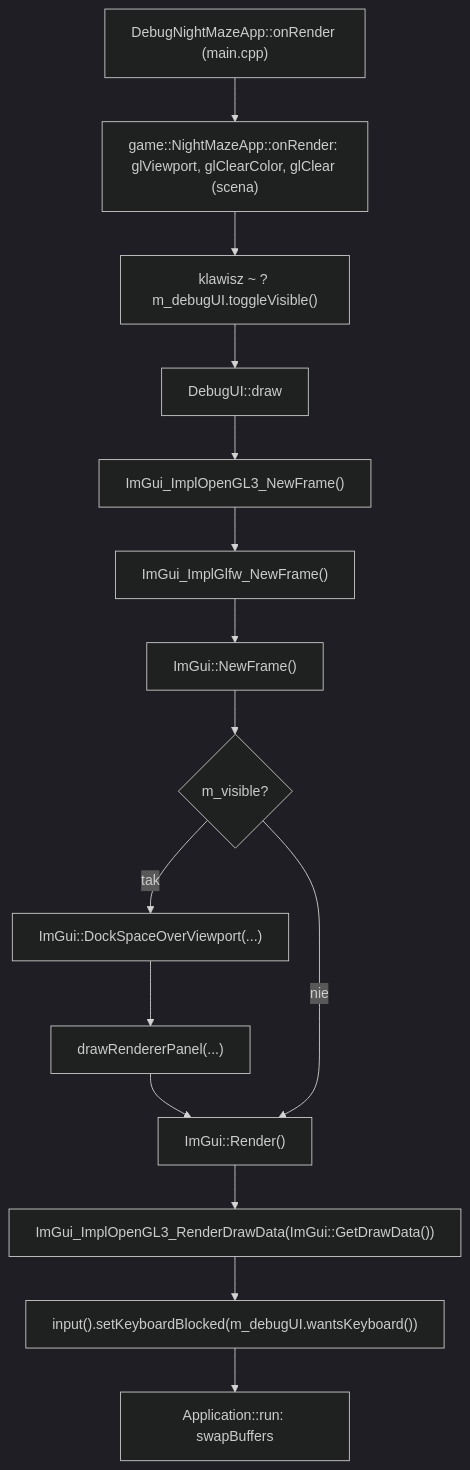
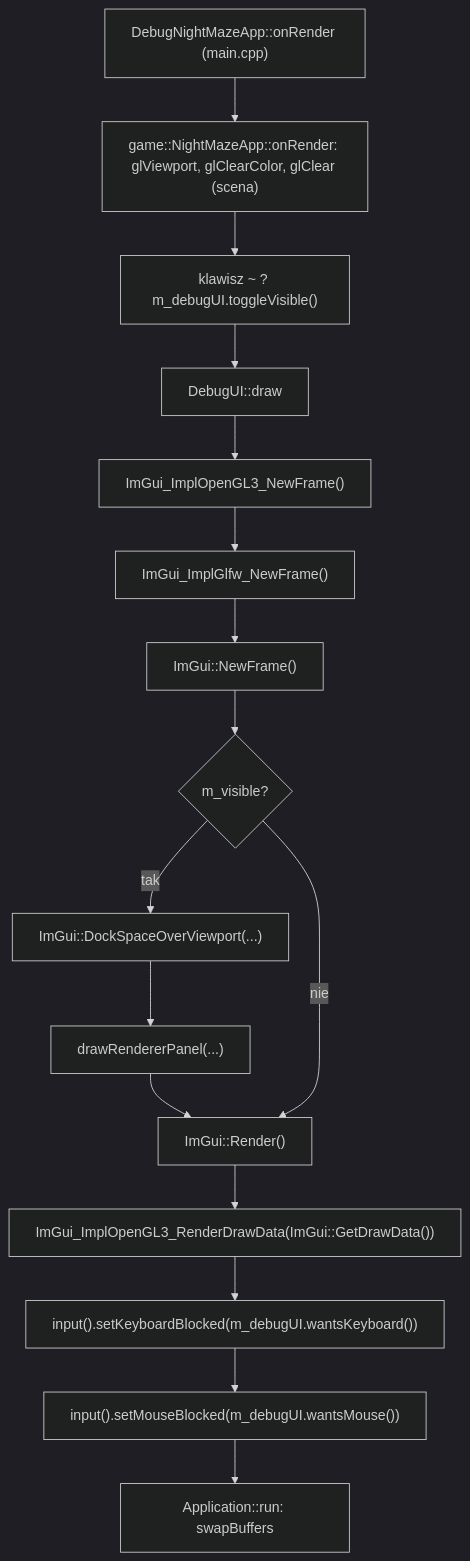
The first of 2 diagrams in docs/modules/debug-ui.md (Shironex/night-maze), drawn with Mermaid (dark theme) before and after one commit. The commit also changed other lines of this file and 16 other files, not shown here.

First line of the commit message:
feat(core): add mouse input and a mouse blocked flag

````diff
--- a/docs/modules/debug-ui.md
+++ b/docs/modules/debug-ui.md
@@ -24,17 +24,18 @@
 ```mermaid
 flowchart TD
     A["DebugNightMazeApp::onRender (main.cpp)"] --> B["game::NightMazeApp::onRender: glViewport, glClearColor, glClear (scena)"]
     B --> T["klawisz ~ ? m_debugUI.toggleVisible()"]
     T --> C["DebugUI::draw"]
     C --> D["ImGui_ImplOpenGL3_NewFrame()"]
     D --> E["ImGui_ImplGlfw_NewFrame()"]
     E --> F["ImGui::NewFrame()"]
     F --> G{"m_visible?"}
     G -->|tak| H["ImGui::DockSpaceOverViewport(...)"]
     H --> I["drawRendererPanel(...)"]
     I --> J["ImGui::Render()"]
     G -->|nie| J
     J --> K["ImGui_ImplOpenGL3_RenderDrawData(ImGui::GetDrawData())"]
     K --> M["input().setKeyboardBlocked(m_debugUI.wantsKeyboard())"]
-    M --> L["Application::run: swapBuffers"]
+    M --> N["input().setMouseBlocked(m_debugUI.wantsMouse())"]
+    N --> L["Application::run: swapBuffers"]
 ```
````
